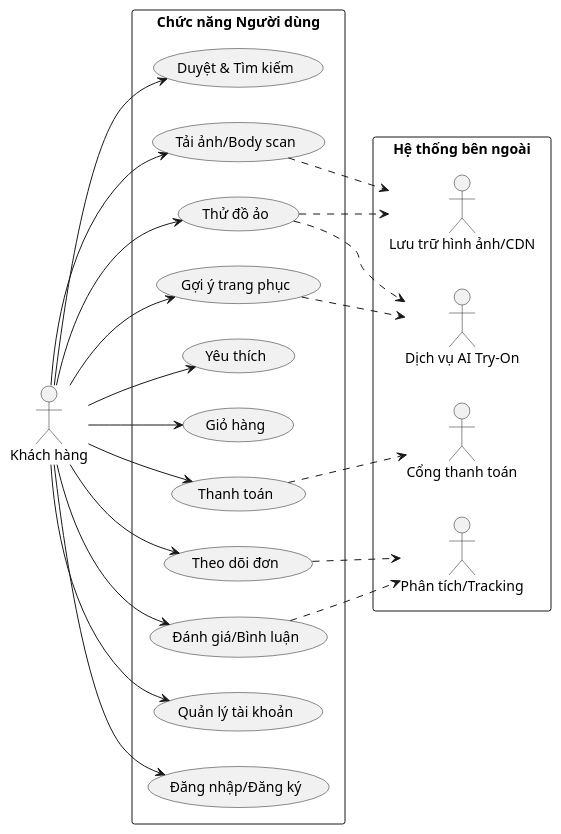
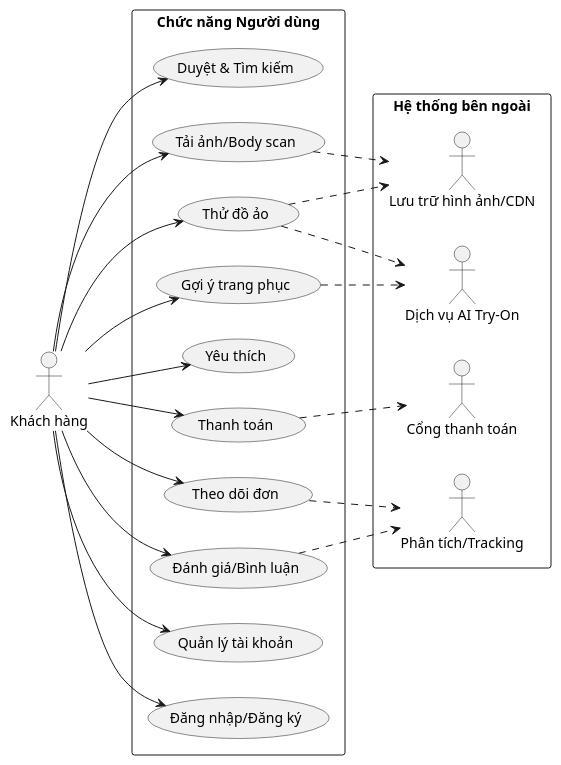
Before and after one commit to NguyenQuangDao/tryonstylehub: the diagram in docs/pttkht/Use Case Người dùng.puml, drawn with PlantUML. The commit also changed 12 other files, not shown here.

```diff
--- a/docs/pttkht/Use Case Người dùng.puml
+++ b/docs/pttkht/Use Case Người dùng.puml
@@ -1,41 +1,39 @@
 @startuml
 left to right direction
 actor "Khách hàng" as actorUser
 rectangle "Chức năng Người dùng" {
   usecase "Duyệt & Tìm kiếm" as UC_Browse
   usecase "Thử đồ ảo" as UC_TryOn
   usecase "Tải ảnh/Body scan" as UC_Upload
   usecase "Gợi ý trang phục" as UC_Recommend
   usecase "Yêu thích" as UC_Wishlist
-  usecase "Giỏ hàng" as UC_Cart
   usecase "Thanh toán" as UC_Checkout
   usecase "Theo dõi đơn" as UC_Track
   usecase "Đánh giá/Bình luận" as UC_Review
   usecase "Quản lý tài khoản" as UC_Account
   usecase "Đăng nhập/Đăng ký" as UC_Auth
 }
 rectangle "Hệ thống bên ngoài" {
   actor "Dịch vụ AI Try-On" as actorAI
   actor "Cổng thanh toán" as actorPayment
   actor "Lưu trữ hình ảnh/CDN" as actorCDN
   actor "Phân tích/Tracking" as actorAnalytics
 }
 actorUser --> UC_Browse
 actorUser --> UC_TryOn
 actorUser --> UC_Upload
 actorUser --> UC_Recommend
 actorUser --> UC_Wishlist
-actorUser --> UC_Cart
 actorUser --> UC_Checkout
 actorUser --> UC_Track
 actorUser --> UC_Review
 actorUser --> UC_Account
 actorUser --> UC_Auth
 UC_TryOn ..> actorAI
 UC_Recommend ..> actorAI
 UC_Checkout ..> actorPayment
 UC_Upload ..> actorCDN
 UC_TryOn ..> actorCDN
 UC_Track ..> actorAnalytics
 UC_Review ..> actorAnalytics
 @enduml
```
